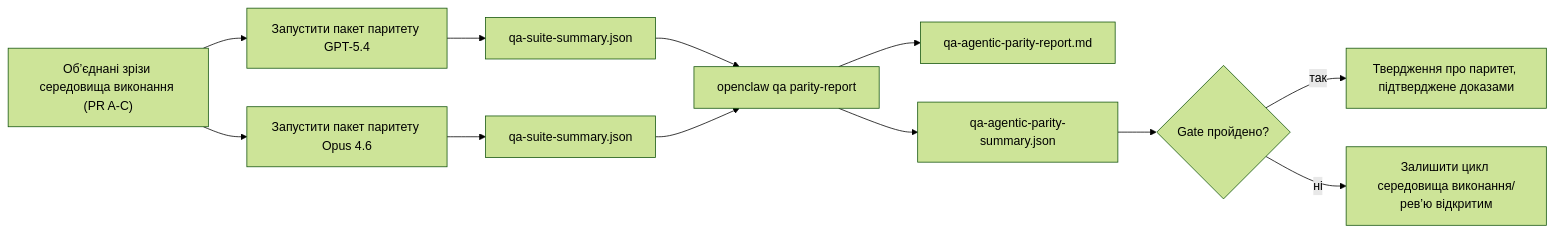
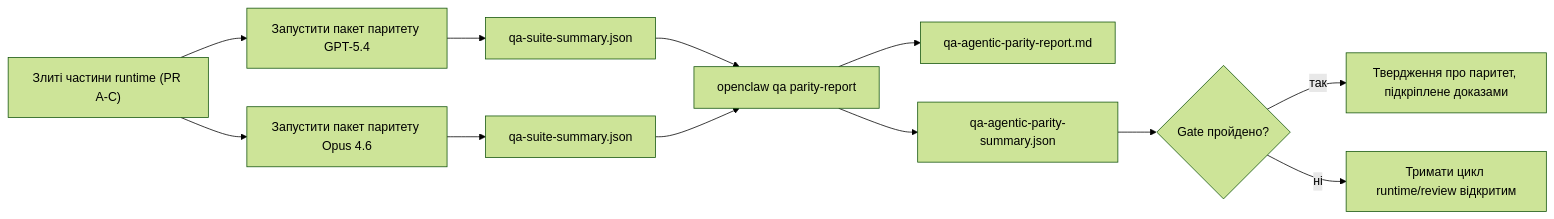
One commit to openclaw/docs changed the second of 2 diagrams in docs/uk/help/gpt54-codex-agentic-parity.md. Above: the diagram before and after it, drawn with Mermaid (forest theme). The commit also changed other lines of this file and 395 other files, not shown here.

````diff
--- a/docs/uk/help/gpt54-codex-agentic-parity.md
+++ b/docs/uk/help/gpt54-codex-agentic-parity.md
@@ -131,14 +131,14 @@
 ```mermaid
 flowchart LR
-    A["Об’єднані зрізи середовища виконання (PR A-C)"] --> B["Запустити пакет паритету GPT-5.4"]
+    A["Злиті частини runtime (PR A-C)"] --> B["Запустити пакет паритету GPT-5.4"]
     A --> C["Запустити пакет паритету Opus 4.6"]
     B --> D["qa-suite-summary.json"]
     C --> E["qa-suite-summary.json"]
     D --> F["openclaw qa parity-report"]
     E --> F
     F --> G["qa-agentic-parity-report.md"]
     F --> H["qa-agentic-parity-summary.json"]
     H --> I{"Gate пройдено?"}
-    I -- "так" --> J["Твердження про паритет, підтверджене доказами"]
-    I -- "ні" --> K["Залишити цикл середовища виконання/рев’ю відкритим"]
+    I -- "так" --> J["Твердження про паритет, підкріплене доказами"]
+    I -- "ні" --> K["Тримати цикл runtime/review відкритим"]
 ```
````
